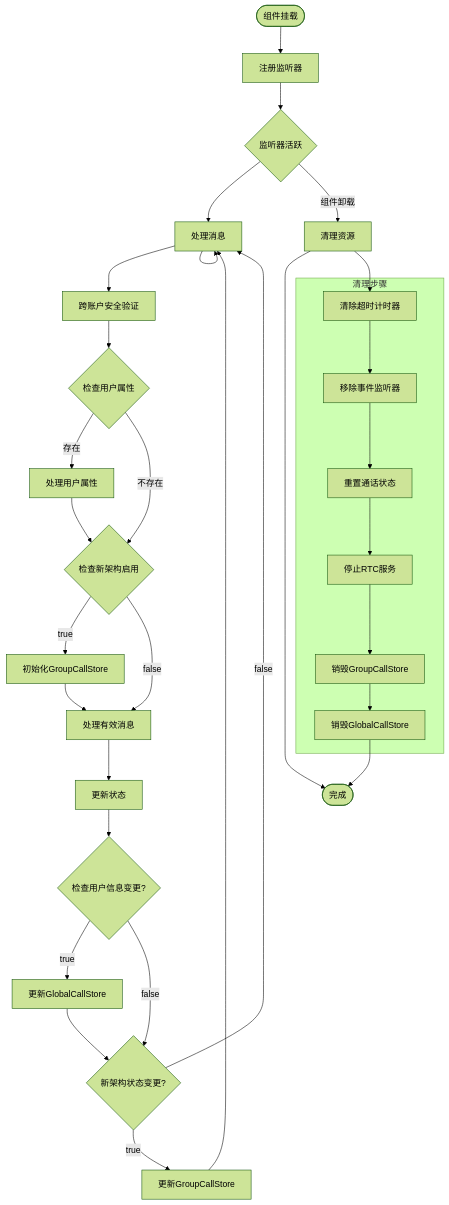
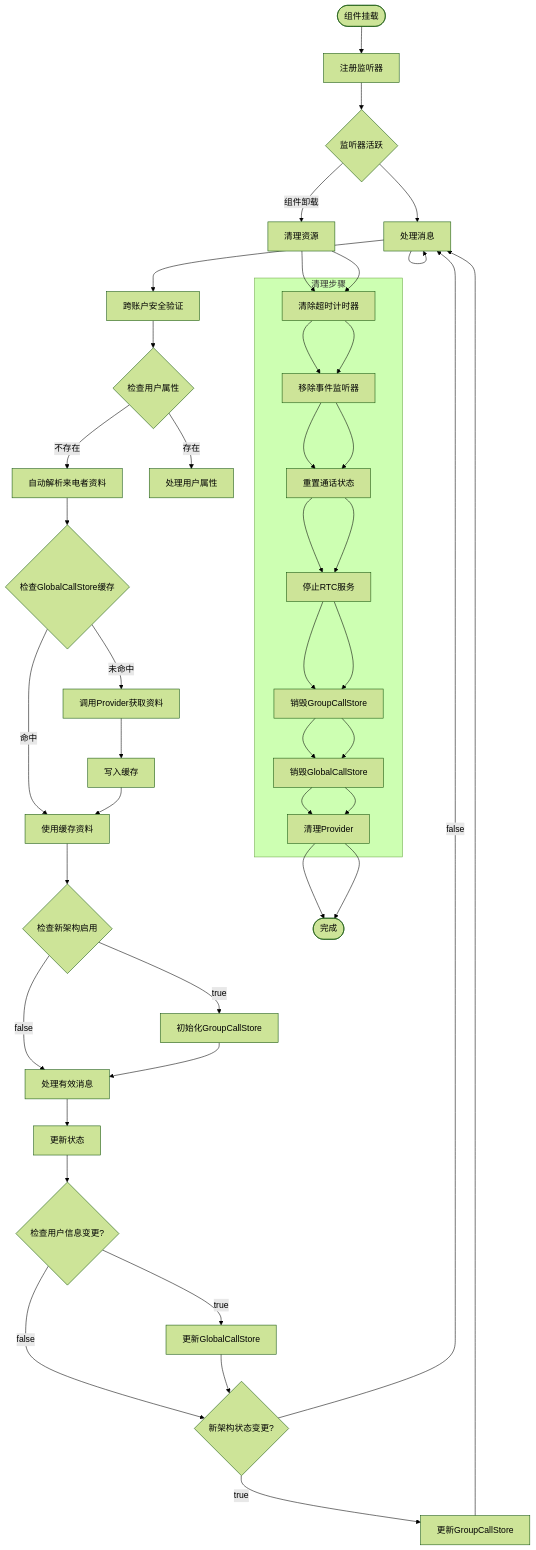
Before and after one commit to Easemob-Community/easemob-uikit-callkit-vue3: diagram 22 of 22 in .qoder/repowiki/zh/content/组合式 API/监听器管理 API.md, drawn with Mermaid (forest theme). The commit also changed other lines of this file and 58 other files, not shown here.

````diff
--- a/.qoder/repowiki/zh/content/组合式 API/监听器管理 API.md
+++ b/.qoder/repowiki/zh/content/组合式 API/监听器管理 API.md
@@ -804,40 +1105,54 @@
 ```mermaid
 flowchart TD
 Start([组件挂载]) --> Register[注册监听器]
 Register --> Active{监听器活跃}
 Active --> Process[处理消息]
 Process --> ValidateUser[跨账户安全验证]
 ValidateUser --> CheckUserAttr{检查用户属性}
 CheckUserAttr --> |存在| HandleUserAttr[处理用户属性]
-CheckUserAttr --> |不存在| CheckNewArch{检查新架构启用}
-HandleUserAttr --> CheckNewArch
+CheckUserAttr --> |不存在| AutoResolve[自动解析来电者资料]
+AutoResolve --> CheckCache{检查GlobalCallStore缓存}
+CheckCache --> |命中| UseCached[使用缓存资料]
+CheckCache --> |未命中| CallProvider[调用Provider获取资料]
+CallProvider --> WriteCache[写入缓存]
+WriteCache --> UseCached
+UseCached --> CheckNewArch{检查新架构启用}
 CheckNewArch --> |true| InitGroupCall[初始化GroupCallStore]
 CheckNewArch --> |false| ProcessMessage[处理有效消息]
 InitGroupCall --> ProcessMessage
 ProcessMessage --> Update[更新状态]
 Update --> CheckUserStore{检查用户信息变更?}
 CheckUserStore --> |true| UpdateUserStore[更新GlobalCallStore]
 CheckUserStore --> |false| CheckNewArch2{新架构状态变更?}
 UpdateUserStore --> CheckNewArch2
 CheckNewArch2 --> |true| UpdateGroupCall[更新GroupCallStore]
 CheckNewArch2 --> |false| Process
 UpdateGroupCall --> Process
 Process --> Process
 Active --> |组件卸载| Cleanup[清理资源]
-Cleanup --> End([完成])
+Cleanup --> ClearTimer[清除超时计时器]
+ClearTimer --> ClearListeners[移除事件监听器]
+ClearListeners --> ResetState[重置通话状态]
+ResetState --> StopRTC[停止RTC服务]
+StopRTC --> DestroyGroupCall[销毁GroupCallStore]
+DestroyGroupCall --> DestroyUserStore[销毁GlobalCallStore]
+DestroyUserStore --> ClearProviders[清理Provider]
+ClearProviders --> End([完成])
 subgraph "清理步骤"
 ClearTimer[清除超时计时器]
 ClearListeners[移除事件监听器]
 ResetState[重置通话状态]
 StopRTC[停止RTC服务]
 DestroyGroupCall[销毁GroupCallStore]
 DestroyUserStore[销毁GlobalCallStore]
+ClearProviders[清理Provider]
 end
 Cleanup --> ClearTimer
 ClearTimer --> ClearListeners
 ClearListeners --> ResetState
 ResetState --> StopRTC
 StopRTC --> DestroyGroupCall
 DestroyGroupCall --> DestroyUserStore
-DestroyUserStore --> End
+DestroyUserStore --> ClearProviders
+ClearProviders --> End
 ```
````
